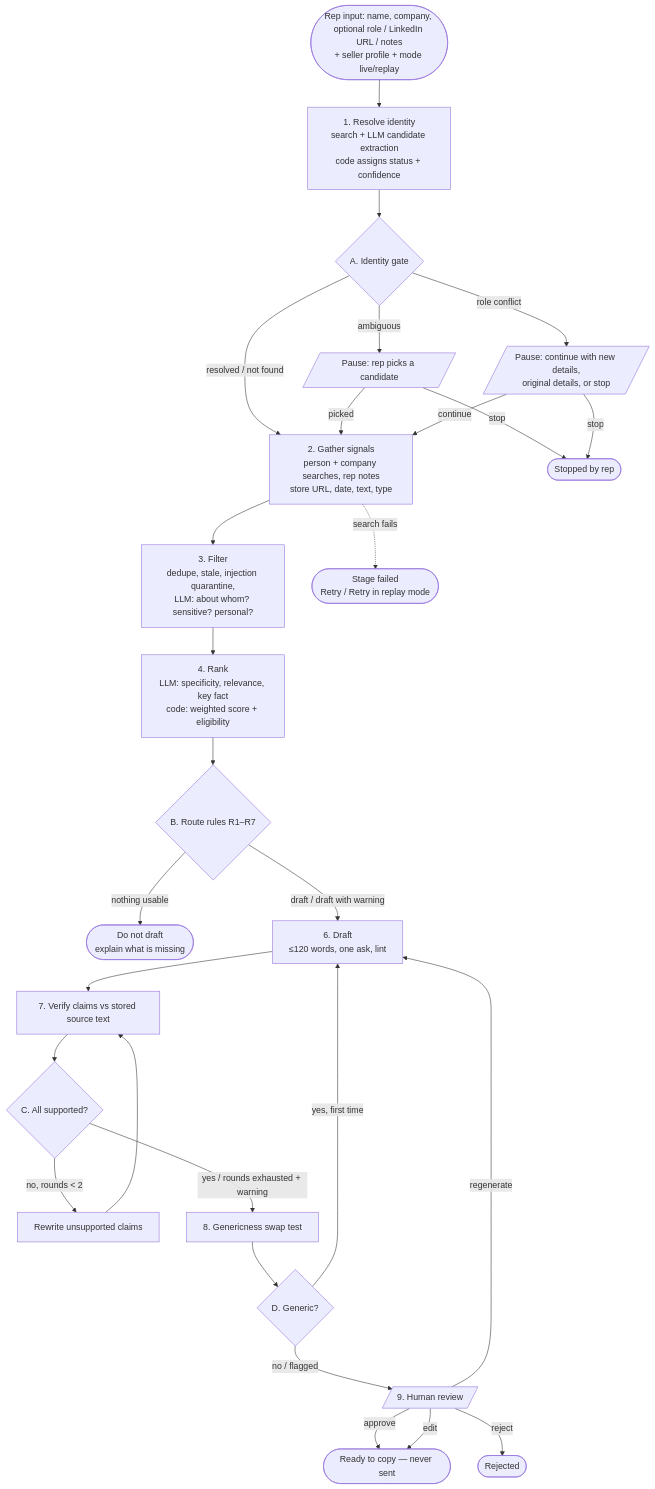
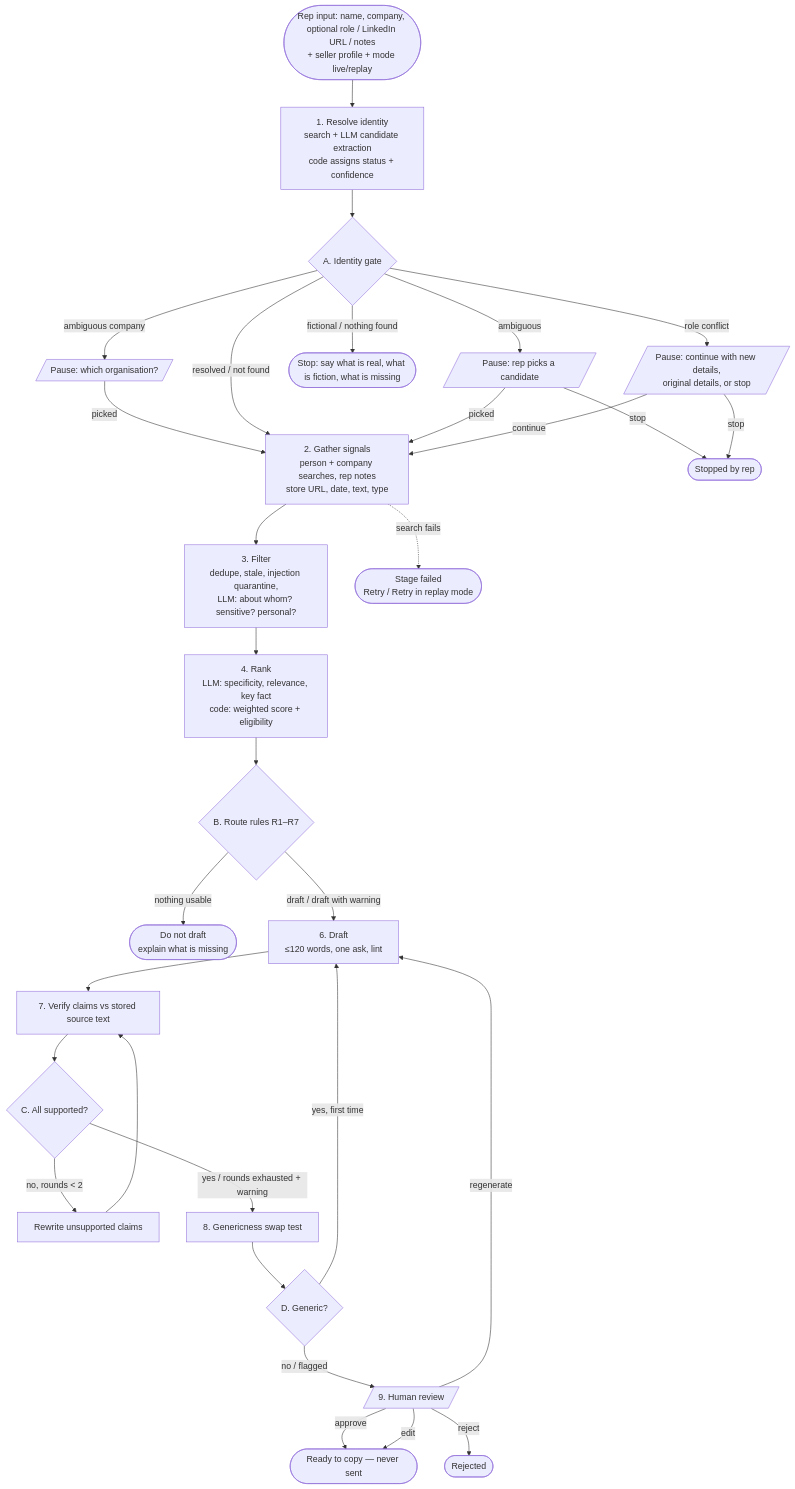
The diagram in docs/PROCESS_MAP.md (Jatin1409/zamp-ps3-outreach), drawn with Mermaid before and after one commit. The commit also changed other lines of this file and 23 other files, not shown here.

````diff
--- a/docs/PROCESS_MAP.md
+++ b/docs/PROCESS_MAP.md
@@ -143,33 +160,36 @@
 ```mermaid
 flowchart TD
     IN([Rep input: name, company, optional role / LinkedIn URL / notes<br/>+ seller profile + mode live/replay]) --> S1
 
     S1[1. Resolve identity<br/>search + LLM candidate extraction<br/>code assigns status + confidence] --> A{A. Identity gate}
     A -- ambiguous --> P1[/Pause: rep picks a candidate/]
     A -- role conflict --> P2[/Pause: continue with new details,<br/>original details, or stop/]
+    A -- fictional / nothing found --> NOPE([Stop: say what is real, what is fiction, what is missing])
+    A -- ambiguous company --> P3[/Pause: which organisation?/]
+    P3 -- picked --> S2
     A -- resolved / not found --> S2
     P1 -- picked --> S2
     P2 -- continue --> S2
     P1 -- stop --> STOP([Stopped by rep])
     P2 -- stop --> STOP
 
     S2[2. Gather signals<br/>person + company searches, rep notes<br/>store URL, date, text, type] --> S3
     S2 -. search fails .-> F1([Stage failed<br/>Retry / Retry in replay mode])
 
     S3[3. Filter<br/>dedupe, stale, injection quarantine,<br/>LLM: about whom? sensitive? personal?] --> S4
     S4[4. Rank<br/>LLM: specificity, relevance, key fact<br/>code: weighted score + eligibility] --> B{B. Route rules R1–R7}
 
     B -- nothing usable --> ND([Do not draft<br/>explain what is missing])
     B -- draft / draft with warning --> S6
     S6[6. Draft<br/>≤120 words, one ask, lint] --> S7
     S7[7. Verify claims vs stored source text] --> C{C. All supported?}
     C -- no, rounds < 2 --> RW[Rewrite unsupported claims] --> S7
     C -- yes / rounds exhausted + warning --> S8
     S8[8. Genericness swap test] --> D{D. Generic?}
     D -- yes, first time --> S6
     D -- no / flagged --> R[/9. Human review/]
     R -- approve --> OK([Ready to copy — never sent])
     R -- edit --> OK
     R -- reject --> REJ([Rejected])
     R -- regenerate --> S6
 ```
````
